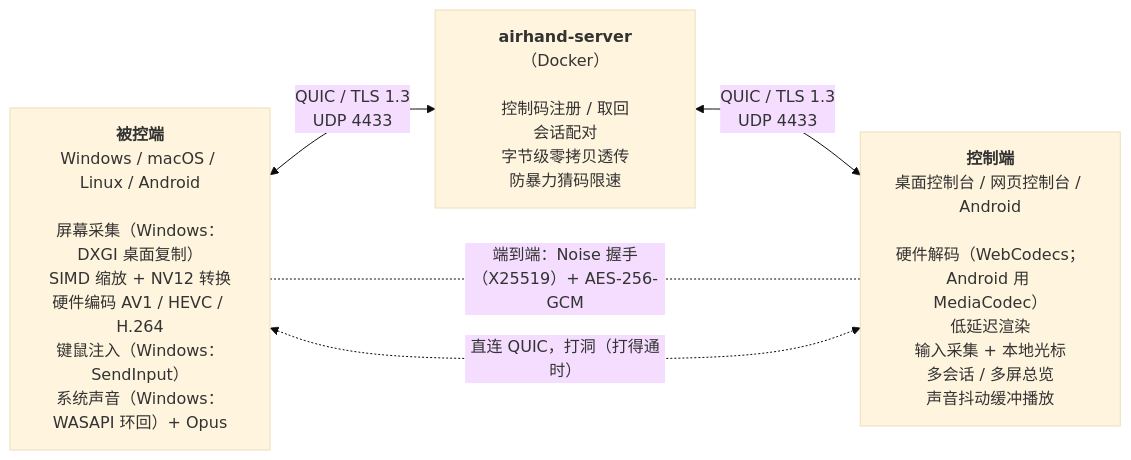
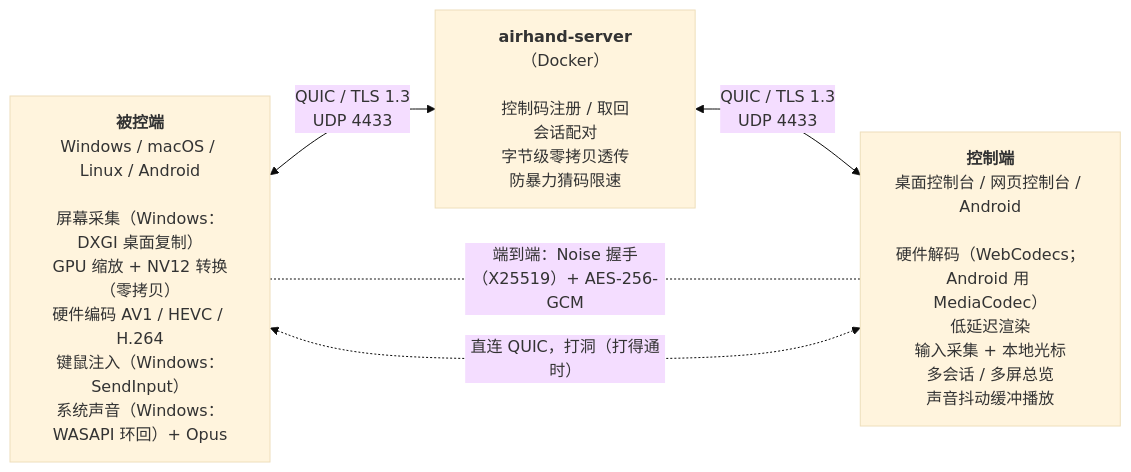
One commit to sqlpxc/airhand changed the diagram in docs/architecture.zh-CN.md. Above: the diagram before and after it, drawn with Mermaid (base theme). The commit also changed other lines of this file and 41 other files, not shown here.

````diff
--- a/docs/architecture.zh-CN.md
+++ b/docs/architecture.zh-CN.md
@@ -7,10 +7,10 @@
 ```mermaid
 flowchart LR
-    host["<b>被控端</b><br>Windows / macOS / Linux / Android<br><br>屏幕采集（Windows：DXGI 桌面复制）<br>SIMD 缩放 + NV12 转换<br>硬件编码 AV1 / HEVC / H.264<br>键鼠注入（Windows：SendInput）<br>系统声音（Windows：WASAPI 环回）+ Opus"]
+    host["<b>被控端</b><br>Windows / macOS / Linux / Android<br><br>屏幕采集（Windows：DXGI 桌面复制）<br>GPU 缩放 + NV12 转换（零拷贝）<br>硬件编码 AV1 / HEVC / H.264<br>键鼠注入（Windows：SendInput）<br>系统声音（Windows：WASAPI 环回）+ Opus"]
     relay["<b>airhand-server</b>（Docker）<br><br>控制码注册 / 取回<br>会话配对<br>字节级零拷贝透传<br>防暴力猜码限速"]
     ctrl["<b>控制端</b><br>桌面控制台 / 网页控制台 / Android<br><br>硬件解码（WebCodecs；Android 用 MediaCodec）<br>低延迟渲染<br>输入采集 + 本地光标<br>多会话 / 多屏总览<br>声音抖动缓冲播放"]
     host <-->|"QUIC / TLS 1.3<br>UDP 4433"| relay
     relay <-->|"QUIC / TLS 1.3<br>UDP 4433"| ctrl
     host -. "端到端：Noise 握手（X25519）+ AES-256-GCM" .- ctrl
     host <-. "直连 QUIC，打洞（打得通时）" .-> ctrl
 ```
````
